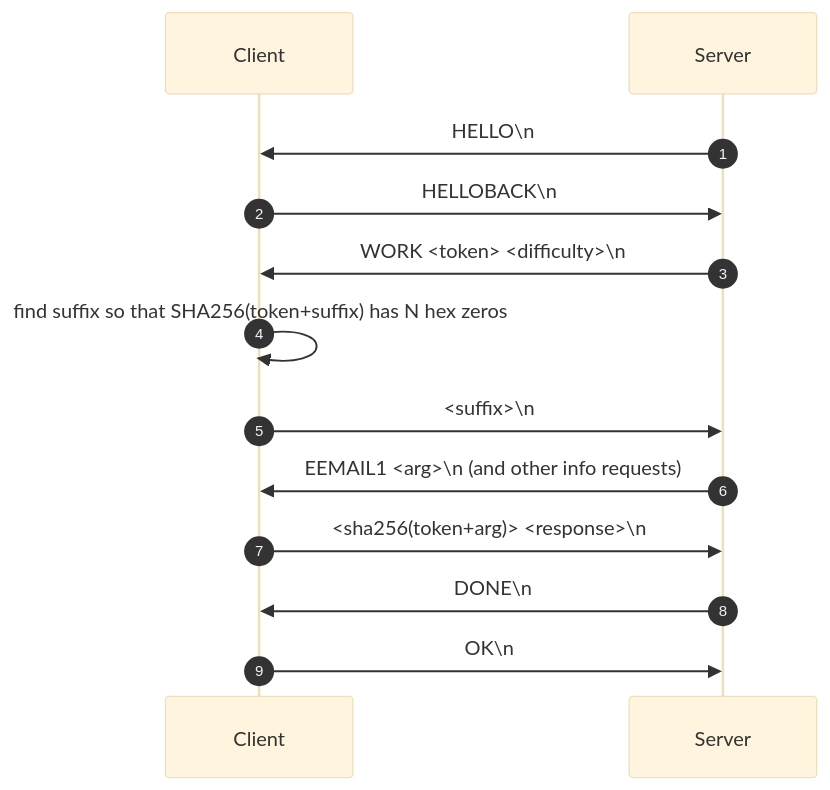
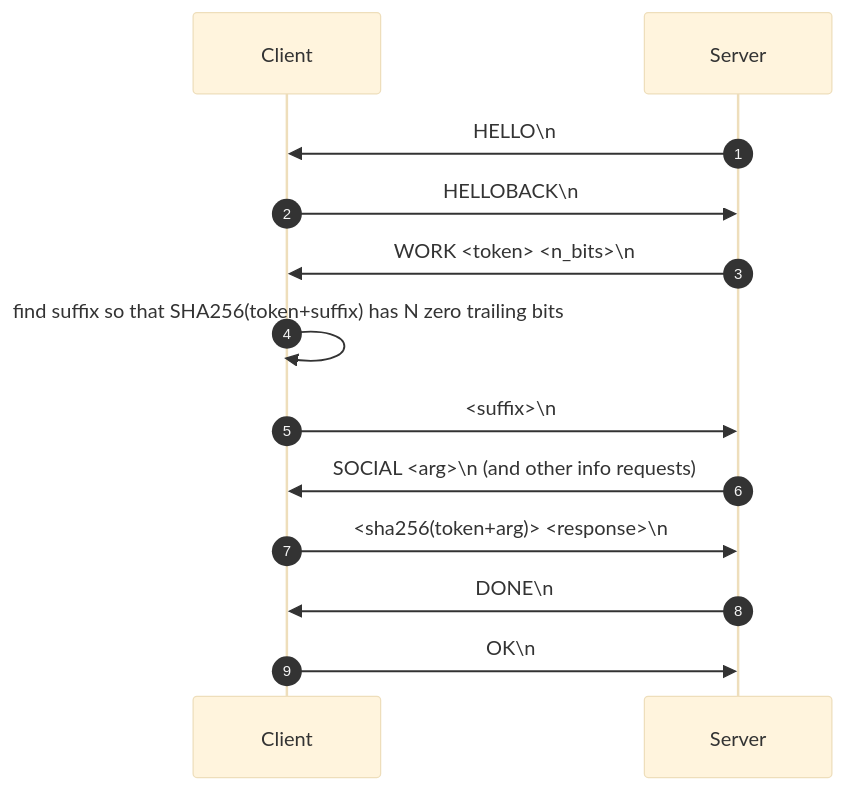
The diagram in docs/guide.md (elliottbache/tls_connection_coding_challenge), drawn with Mermaid (base theme) before and after one commit. The commit also changed other lines of this file and 16 other files, not shown here.

````diff
--- a/docs/guide.md
+++ b/docs/guide.md
@@ -21,19 +21,19 @@
 ```{mermaid}
 sequenceDiagram
   autonumber
   participant C as Client
   participant S as Server
 
   S->>C: HELLO\n
   C->>S: HELLOBACK\n
 
-  S->>C: WORK <token> <difficulty>\n
-  C->>C: find suffix so that SHA256(token+suffix) has N hex zeros
+  S->>C: WORK <token> <n_bits>\n
+  C->>C: find suffix so that SHA256(token+suffix) has N zero trailing bits
   C->>S: <suffix>\n
 
-  S->>C: EEMAIL1 <arg>\n (and other info requests)
+  S->>C: SOCIAL <arg>\n (and other info requests)
   C->>S: <sha256(token+arg)> <response>\n
 
   S->>C: DONE\n
   C->>S: OK\n
 ```
````
